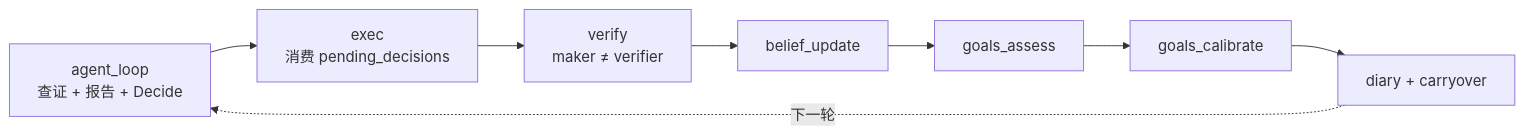
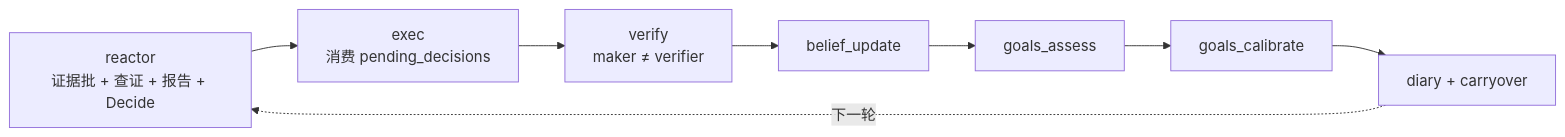
One commit to imjszhang/js-evolution-agent changed the third of 9 diagrams in docs/mechanism-diagram.md. Above: the diagram before and after it, drawn with Mermaid. The commit also changed other lines of this file and 12 other files, not shown here.

````diff
--- a/docs/mechanism-diagram.md
+++ b/docs/mechanism-diagram.md
@@ -112,10 +112,10 @@
 ```mermaid
 flowchart LR
-  A["agent_loop<br/>查证 + 报告 + Decide"] --> B["exec<br/>消费 pending_decisions"]
+  A["reactor<br/>证据批 + 查证 + 报告 + Decide"] --> B["exec<br/>消费 pending_decisions"]
   B --> C["verify<br/>maker ≠ verifier"]
   C --> D["belief_update"]
   D --> E["goals_assess"]
   E --> F["goals_calibrate"]
   F --> G["diary + carryover"]
   G -.->|下一轮| A
 ```
````
